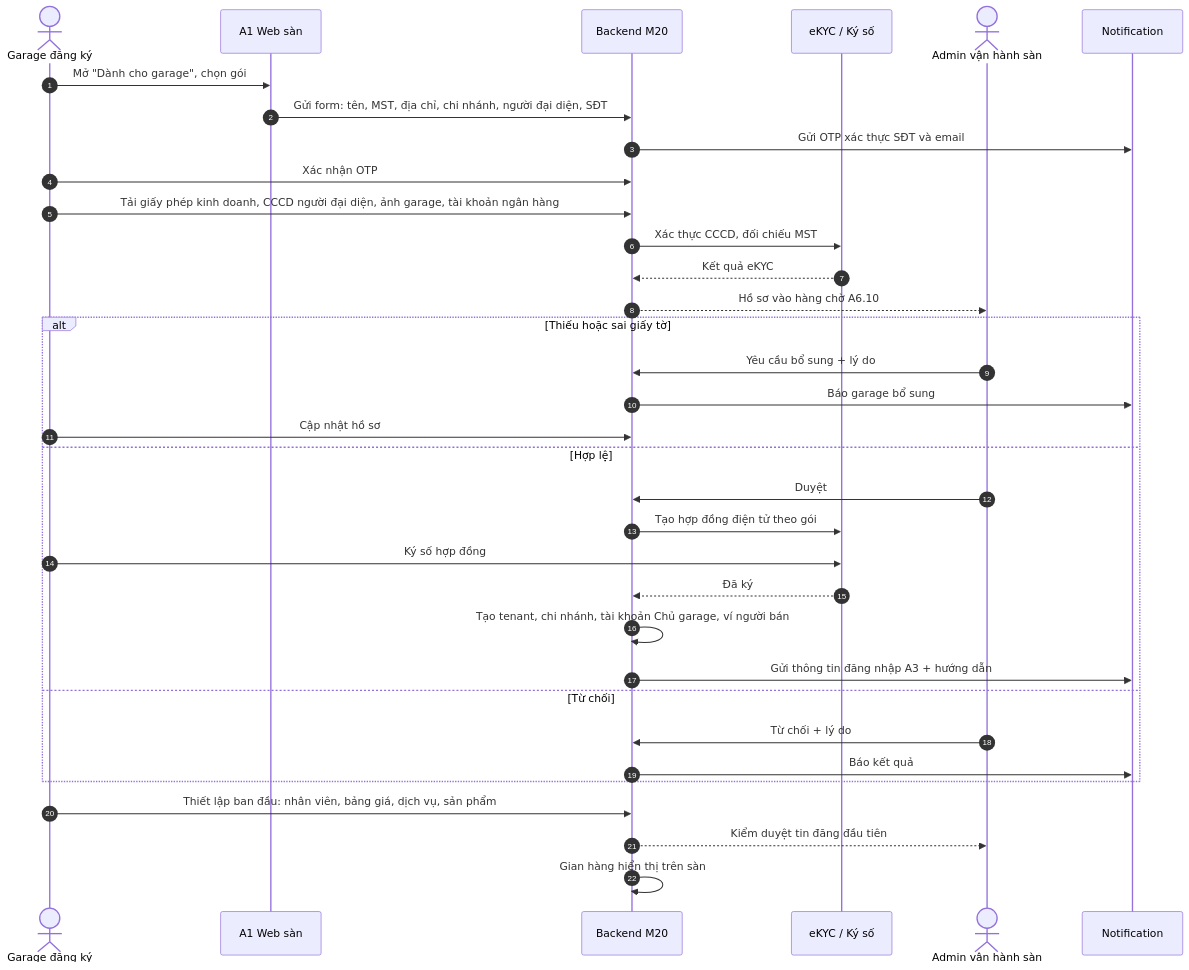
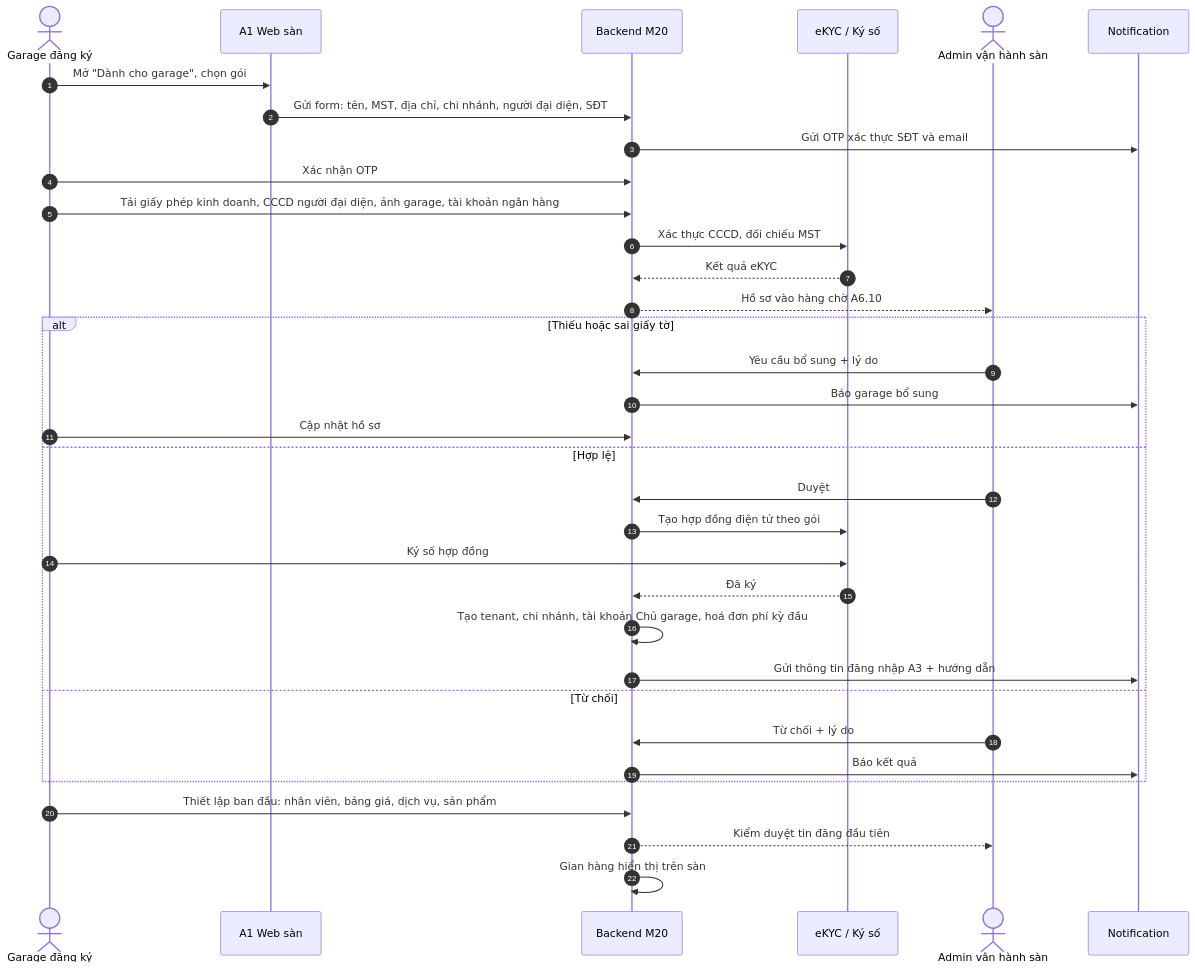
The first of 9 diagrams in docs/04-luong-nghiep-vu.md (south93/cardiy-crm), drawn with Mermaid before and after one commit. The commit also changed other lines of this file and 9 other files, not shown here.

````diff
--- a/docs/04-luong-nghiep-vu.md
+++ b/docs/04-luong-nghiep-vu.md
@@ -5,37 +5,37 @@
 ```mermaid
 sequenceDiagram
   autonumber
   actor G as Garage đăng ký
   participant W as A1 Web sàn
   participant API as Backend M20
   participant K as eKYC / Ký số
   actor AV as Admin vận hành sàn
   participant N as Notification
 
   G->>W: Mở "Dành cho garage", chọn gói
   W->>API: Gửi form: tên, MST, địa chỉ, chi nhánh, người đại diện, SĐT
   API->>N: Gửi OTP xác thực SĐT và email
   G->>API: Xác nhận OTP
   G->>API: Tải giấy phép kinh doanh, CCCD người đại diện, ảnh garage, tài khoản ngân hàng
   API->>K: Xác thực CCCD, đối chiếu MST
   K-->>API: Kết quả eKYC
   API-->>AV: Hồ sơ vào hàng chờ A6.10
   alt Thiếu hoặc sai giấy tờ
     AV->>API: Yêu cầu bổ sung + lý do
     API->>N: Báo garage bổ sung
     G->>API: Cập nhật hồ sơ
   else Hợp lệ
     AV->>API: Duyệt
     API->>K: Tạo hợp đồng điện tử theo gói
     G->>K: Ký số hợp đồng
     K-->>API: Đã ký
-    API->>API: Tạo tenant, chi nhánh, tài khoản Chủ garage, ví người bán
+    API->>API: Tạo tenant, chi nhánh, tài khoản Chủ garage, hoá đơn phí kỳ đầu
     API->>N: Gửi thông tin đăng nhập A3 + hướng dẫn
   else Từ chối
     AV->>API: Từ chối + lý do
     API->>N: Báo kết quả
   end
   G->>API: Thiết lập ban đầu: nhân viên, bảng giá, dịch vụ, sản phẩm
   API-->>AV: Kiểm duyệt tin đăng đầu tiên
   API->>API: Gian hàng hiển thị trên sàn
 ```
````
